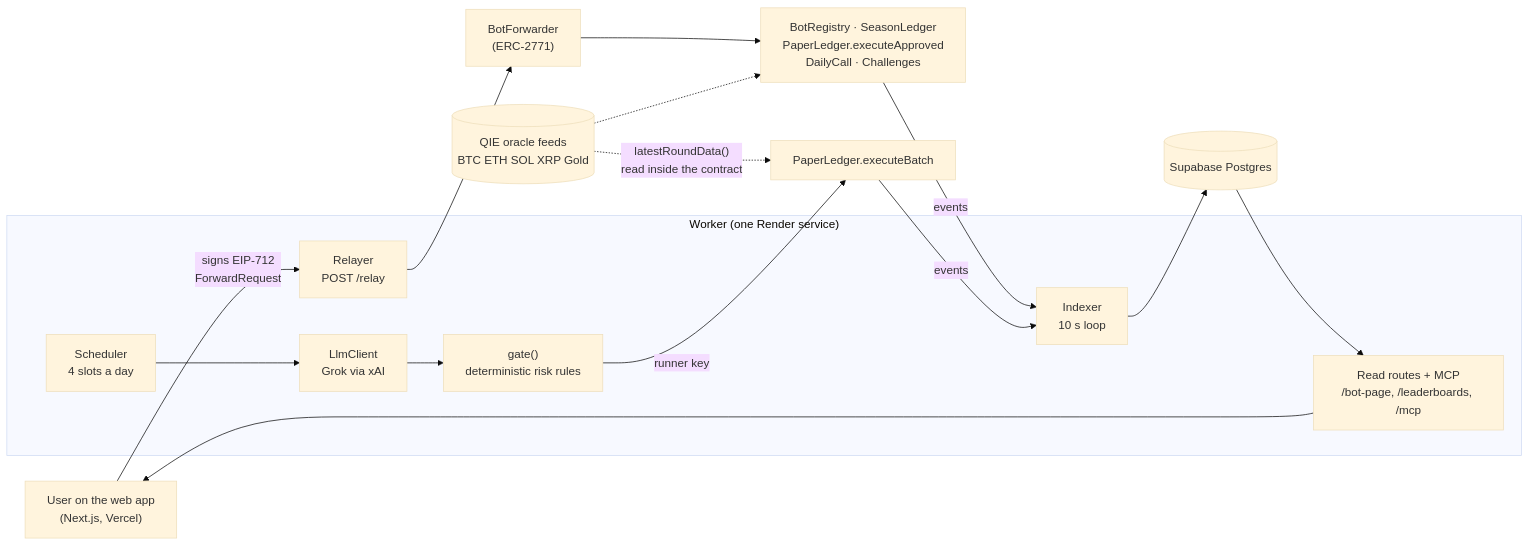
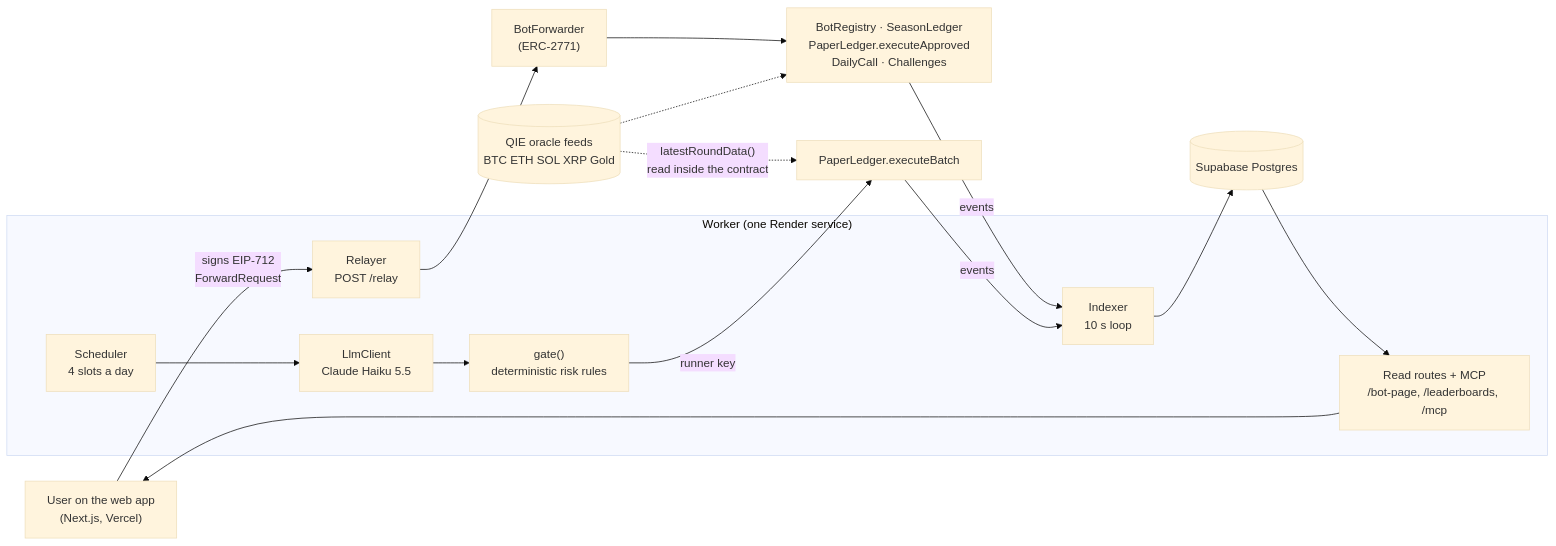
Before and after one commit to DiveshK007/BotFolio: the diagram in README.md, drawn with Mermaid (base theme). The commit also changed other lines of this file and 1 other file, not shown here.

First line of the commit message:
docs(readme): live URL, dated statuses, Claude Haiku 5.5 as the LLM

````diff
--- a/README.md
+++ b/README.md
@@ -180,21 +187,21 @@
 ```mermaid
 flowchart LR
     U["User on the web app<br/>(Next.js, Vercel)"] -- "signs EIP-712<br/>ForwardRequest" --> R["Relayer<br/>POST /relay"]
     subgraph W["Worker (one Render service)"]
         R
-        S["Scheduler<br/>4 slots a day"] --> L["LlmClient<br/>Grok via xAI"]
+        S["Scheduler<br/>4 slots a day"] --> L["LlmClient<br/>Claude Haiku 5.5"]
         L --> G["gate()<br/>deterministic risk rules"]
         I["Indexer<br/>10 s loop"]
         A["Read routes + MCP<br/>/bot-page, /leaderboards, /mcp"]
     end
     R --> F["BotForwarder<br/>(ERC-2771)"]
     F --> C["BotRegistry · SeasonLedger<br/>PaperLedger.executeApproved<br/>DailyCall · Challenges"]
     G -- "runner key" --> P["PaperLedger.executeBatch"]
     O[("QIE oracle feeds<br/>BTC ETH SOL XRP Gold")] -. "latestRoundData()<br/>read inside the contract" .-> P
     O -.-> C
     C -- events --> I
     P -- events --> I
     I --> D[("Supabase Postgres")]
     D --> A
     A --> U
 ```
````
